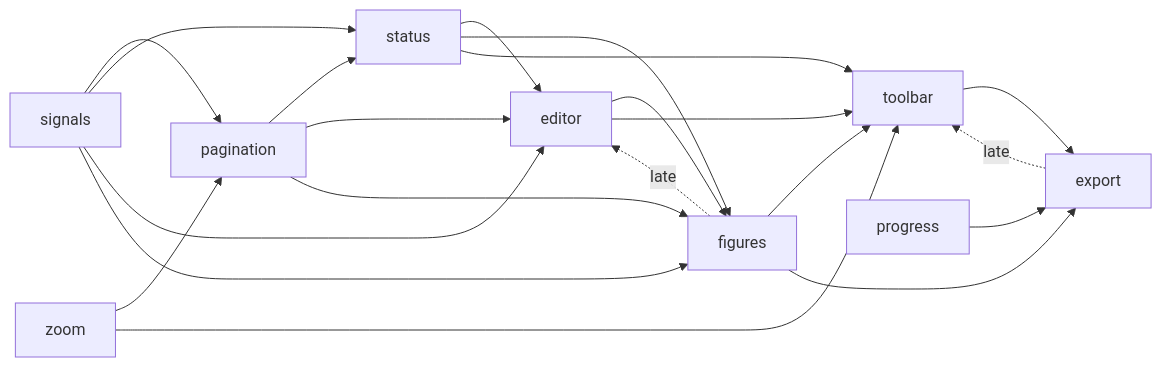
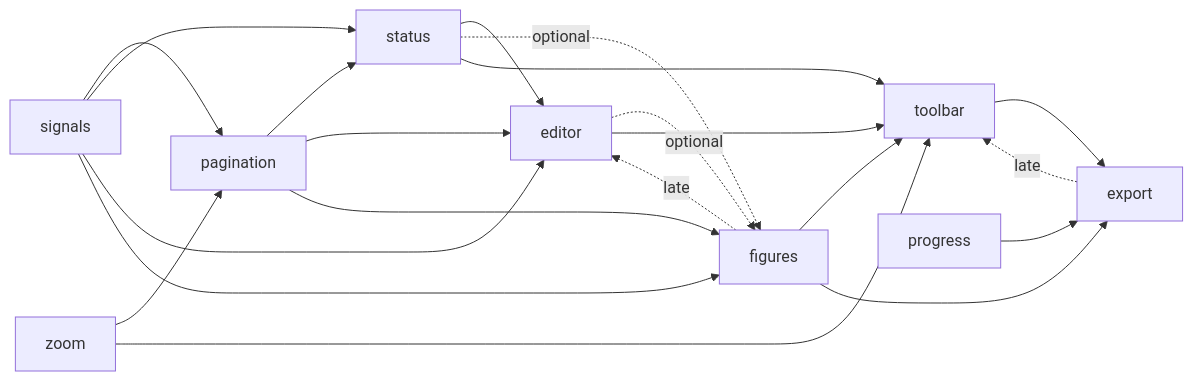
One commit to nakrasian/standalone-doc changed the diagram in DEPS.md. Above: the diagram before and after it, drawn with Mermaid. The commit also changed other lines of this file and 15 other files, not shown here.

````diff
--- a/DEPS.md
+++ b/DEPS.md
@@ -23,23 +23,23 @@
 ```mermaid
 graph LR
   signals --> pagination
   zoom --> pagination
   signals --> status
   pagination --> status
   signals --> editor
   status --> editor
   pagination --> editor
   figures -.->|late| editor
   signals --> figures
-  status --> figures
-  editor --> figures
   pagination --> figures
+  status -.->|optional| figures
+  editor -.->|optional| figures
   zoom --> toolbar
   editor --> toolbar
   figures --> toolbar
   status --> toolbar
   export -.->|late| toolbar
   figures --> export
   toolbar --> export
   progress --> export
 ```
````
